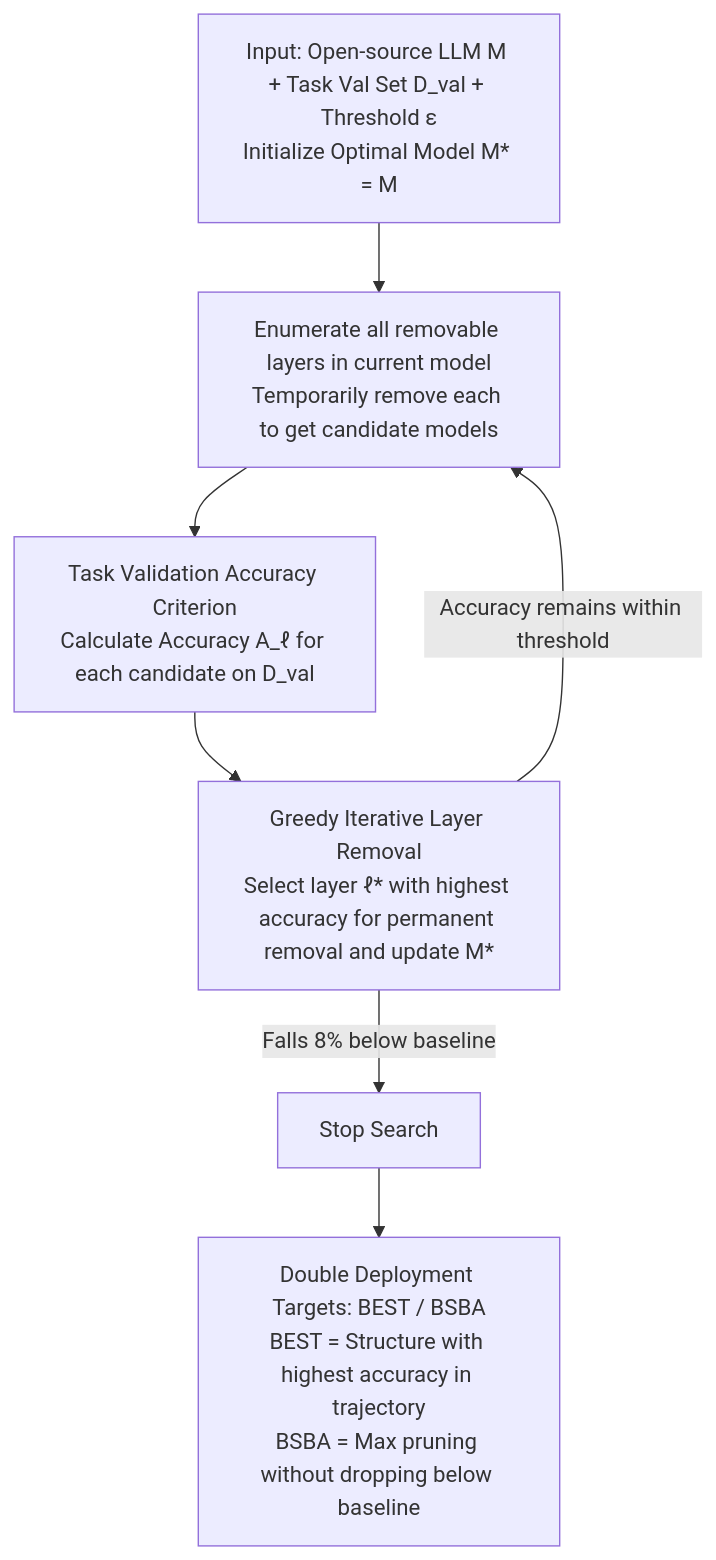
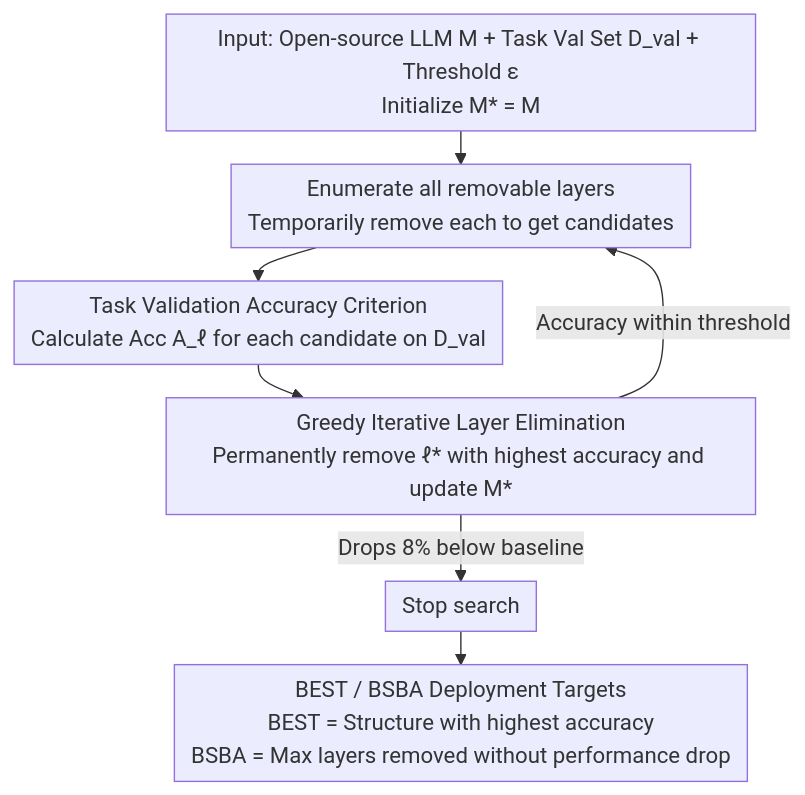
One commit to zhaoyang97/Paper-Notes-en changed the diagram in docs/ACL2026/model_compression/tell-tale_task_efficient_llms_with_task_aware_layer_elimination.md. Above: the diagram before and after it, drawn with Mermaid. The commit also changed other lines of this file and 5084 other files, not shown here.

````diff
--- a/docs/ACL2026/model_compression/tell-tale_task_efficient_llms_with_task_aware_layer_elimination.md
+++ b/docs/ACL2026/model_compression/tell-tale_task_efficient_llms_with_task_aware_layer_elimination.md
@@ -47,9 +47,10 @@
 ```mermaid
-graph TD
-    A["Input: Open-source LLM M + Task Val Set D_val + Threshold ε<br/>Initialize Optimal Model M* = M"] --> B["Enumerate all removable layers in current model<br/>Temporarily remove each to get candidate models"]
-    B --> C["Task Validation Accuracy Criterion<br/>Calculate Accuracy A_ℓ for each candidate on D_val"]
-    C --> D["Greedy Iterative Layer Removal<br/>Select layer ℓ* with highest accuracy for permanent removal and update M*"]
-    D -->|Accuracy remains within threshold| B
-    D -->|Falls 8% below baseline| E["Stop Search"]
-    E --> F["Double Deployment Targets: BEST / BSBA<br/>BEST = Structure with highest accuracy in trajectory<br/>BSBA = Max pruning without dropping below baseline"]
+%%{init: {'flowchart': {'rankSpacing': 24, 'nodeSpacing': 28, 'padding': 6, 'wrappingWidth': 400}}}%%
+flowchart TD
+    A["Input: Open-source LLM M + Task Val Set D_val + Threshold ε<br/>Initialize M* = M"] --> B["Enumerate all removable layers<br/>Temporarily remove each to get candidates"]
+    B --> C["Task Validation Accuracy Criterion<br/>Calculate Acc A_ℓ for each candidate on D_val"]
+    C --> D["Greedy Iterative Layer Elimination<br/>Permanently remove ℓ* with highest accuracy and update M*"]
+    D -->|Accuracy within threshold| B
+    D -->|Drops 8% below baseline| E["Stop search"]
+    E --> F["BEST / BSBA Deployment Targets<br/>BEST = Structure with highest accuracy<br/>BSBA = Max layers removed without performance drop"]
 ```
````
